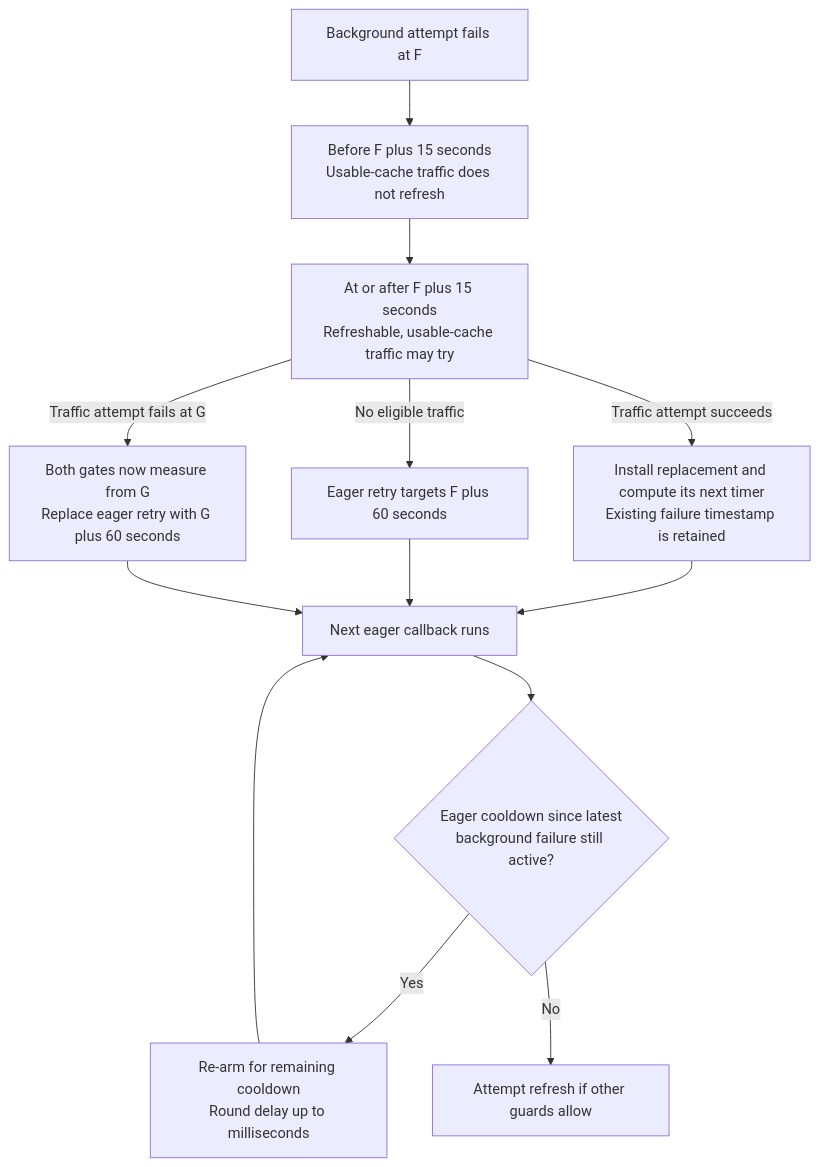
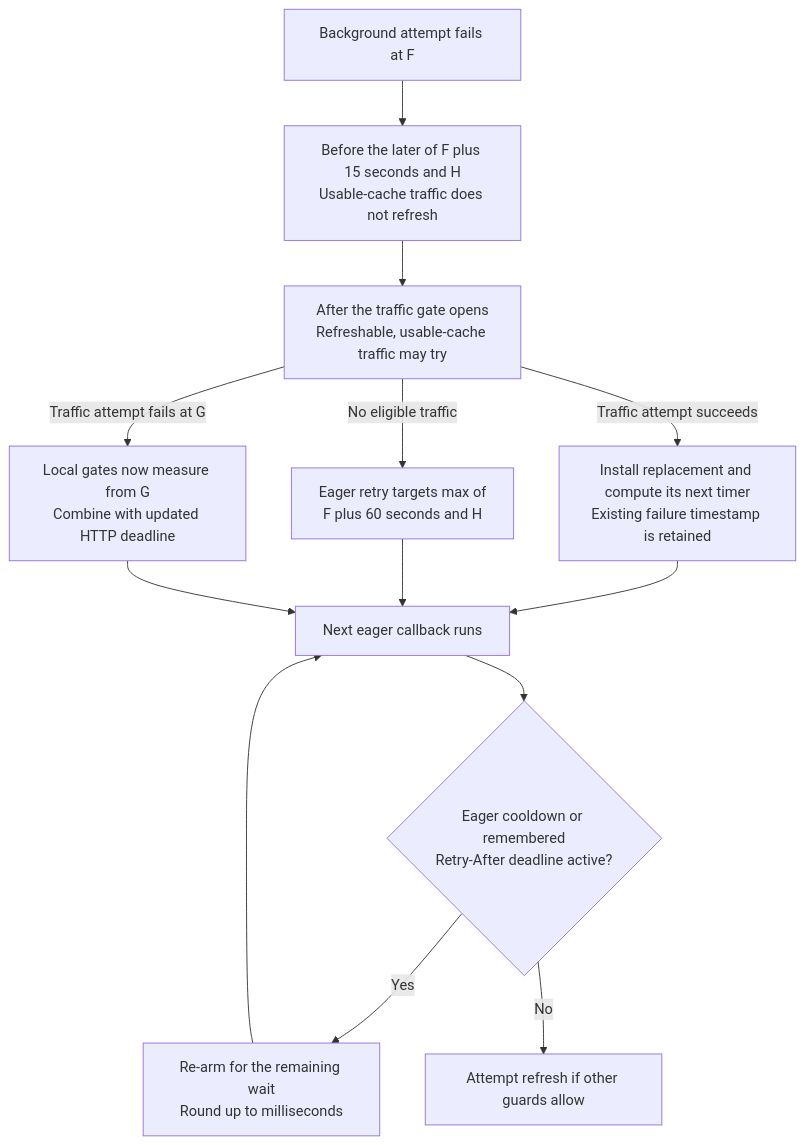
The sixth of 11 diagrams in jwt-client/docs/eager-preemptive-refresh/README.md (entur/jwt-resource-server), drawn with Mermaid before and after one commit. The commit also changed other lines of this file and 41 other files, not shown here.

First line of the commit message:
feat!: honor Retry-After and back off failed token requests (#458)

````diff
--- a/jwt-client/docs/eager-preemptive-refresh/README.md
+++ b/jwt-client/docs/eager-preemptive-refresh/README.md
@@ -171,15 +171,15 @@
 ```mermaid
 flowchart TD
-    F["Background attempt fails at F"] --> Early["Before F plus 15 seconds<br/>Usable-cache traffic does not refresh"]
-    Early --> Traffic["At or after F plus 15 seconds<br/>Refreshable, usable-cache traffic may try"]
-    Traffic -->|No eligible traffic| Eager["Eager retry targets F plus 60 seconds"]
-    Traffic -->|Traffic attempt fails at G| Restart["Both gates now measure from G<br/>Replace eager retry with G plus 60 seconds"]
+    F["Background attempt fails at F"] --> Early["Before the later of F plus 15 seconds and H<br/>Usable-cache traffic does not refresh"]
+    Early --> Traffic["After the traffic gate opens<br/>Refreshable, usable-cache traffic may try"]
+    Traffic -->|No eligible traffic| Eager["Eager retry targets max of<br/>F plus 60 seconds and H"]
+    Traffic -->|Traffic attempt fails at G| Restart["Local gates now measure from G<br/>Combine with updated HTTP deadline"]
     Traffic -->|Traffic attempt succeeds| New["Install replacement and compute its next timer<br/>Existing failure timestamp is retained"]
     New --> Callback["Next eager callback runs"]
-    Callback --> Gate{"Eager cooldown since latest<br/>background failure still active?"}
-    Gate -->|Yes| Defer["Re-arm for remaining cooldown<br/>Round delay up to milliseconds"]
+    Callback --> Gate{"Eager cooldown or remembered<br/>Retry-After deadline active?"}
+    Gate -->|Yes| Defer["Re-arm for the remaining wait<br/>Round up to milliseconds"]
     Gate -->|No| Attempt["Attempt refresh if other guards allow"]
     Defer --> Callback
     Eager --> Callback
     Restart --> Callback
 ```
````
